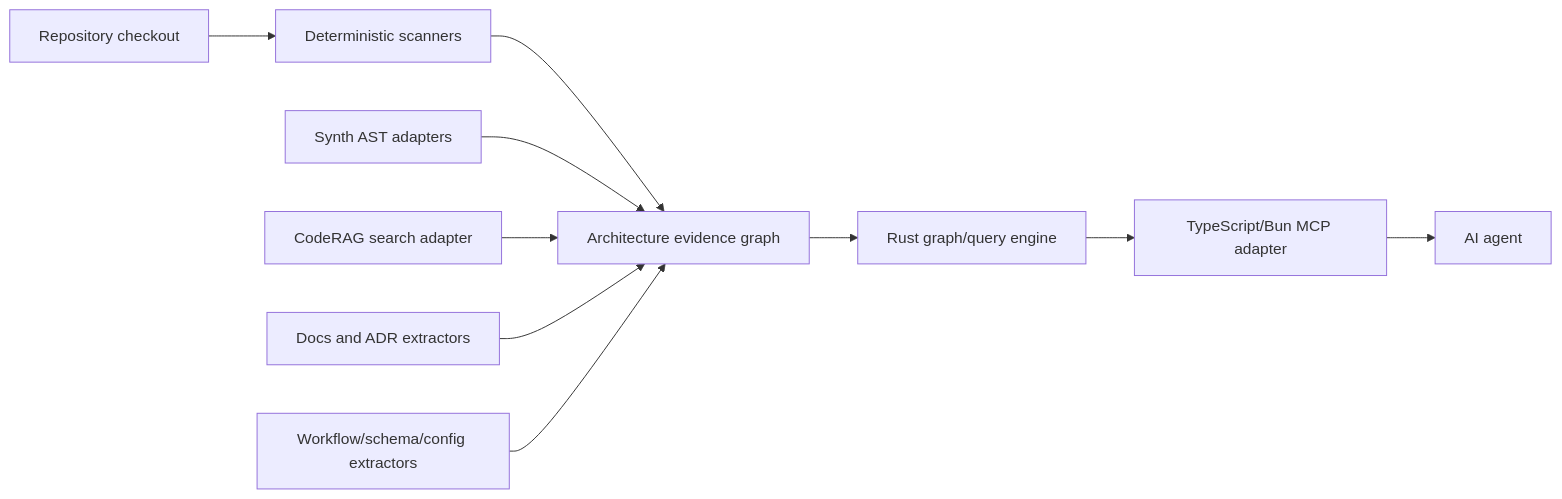
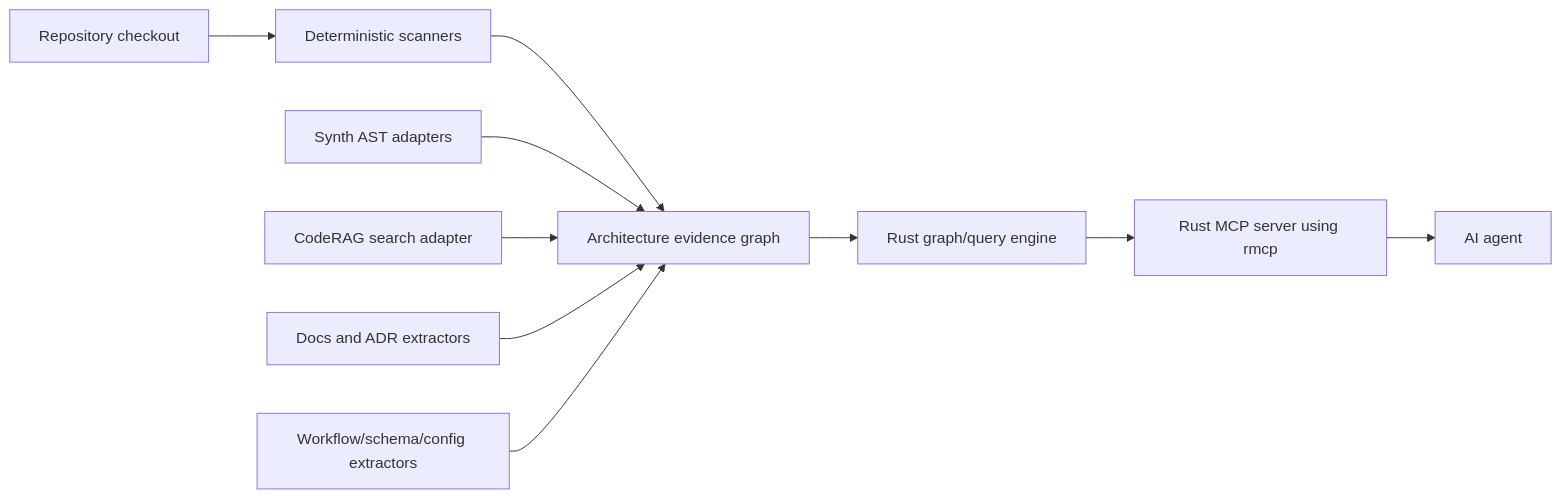
One commit to SylphxAI/architecture-reader-mcp changed the diagram in docs/architecture.md. Above: the diagram before and after it, drawn with Mermaid. The commit also changed other lines of this file and 30 other files, not shown here.

First line of the commit message:
docs: add MCP family SOTA roadmap (#2)

````diff
--- a/docs/architecture.md
+++ b/docs/architecture.md
@@ -8,12 +8,12 @@
 ```mermaid
 flowchart LR
   A["Repository checkout"] --> B["Deterministic scanners"]
   B --> C["Architecture evidence graph"]
   D["Synth AST adapters"] --> C
   E["CodeRAG search adapter"] --> C
   F["Docs and ADR extractors"] --> C
   G["Workflow/schema/config extractors"] --> C
   C --> H["Rust graph/query engine"]
-  H --> I["TypeScript/Bun MCP adapter"]
+  H --> I["Rust MCP server using rmcp"]
   I --> J["AI agent"]
 ```
````
